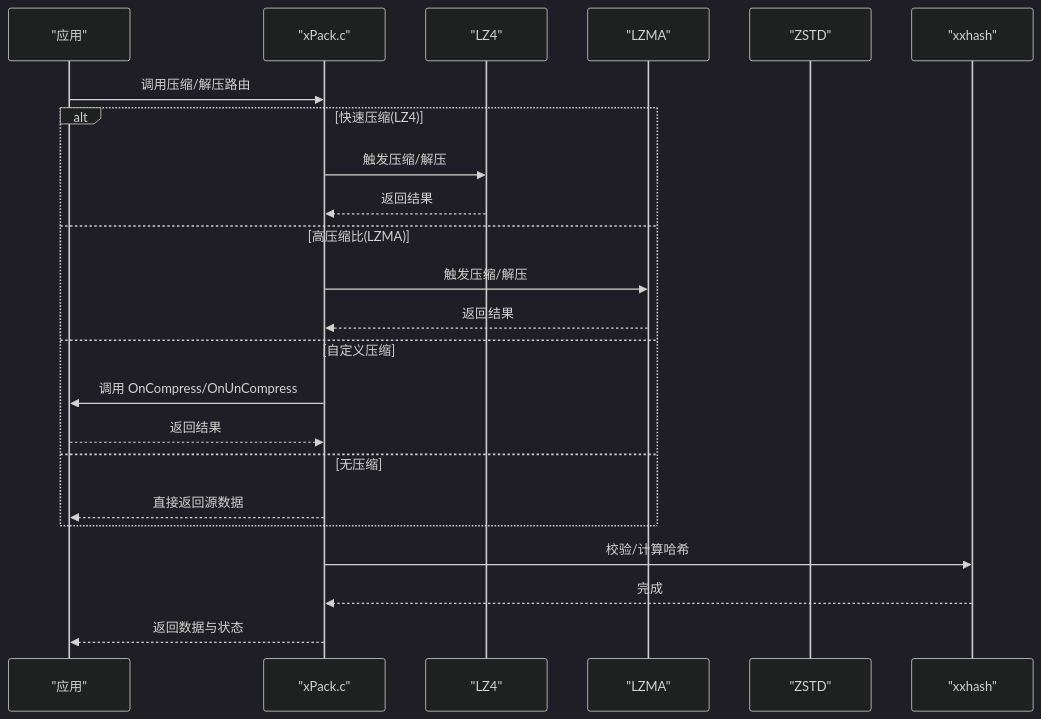
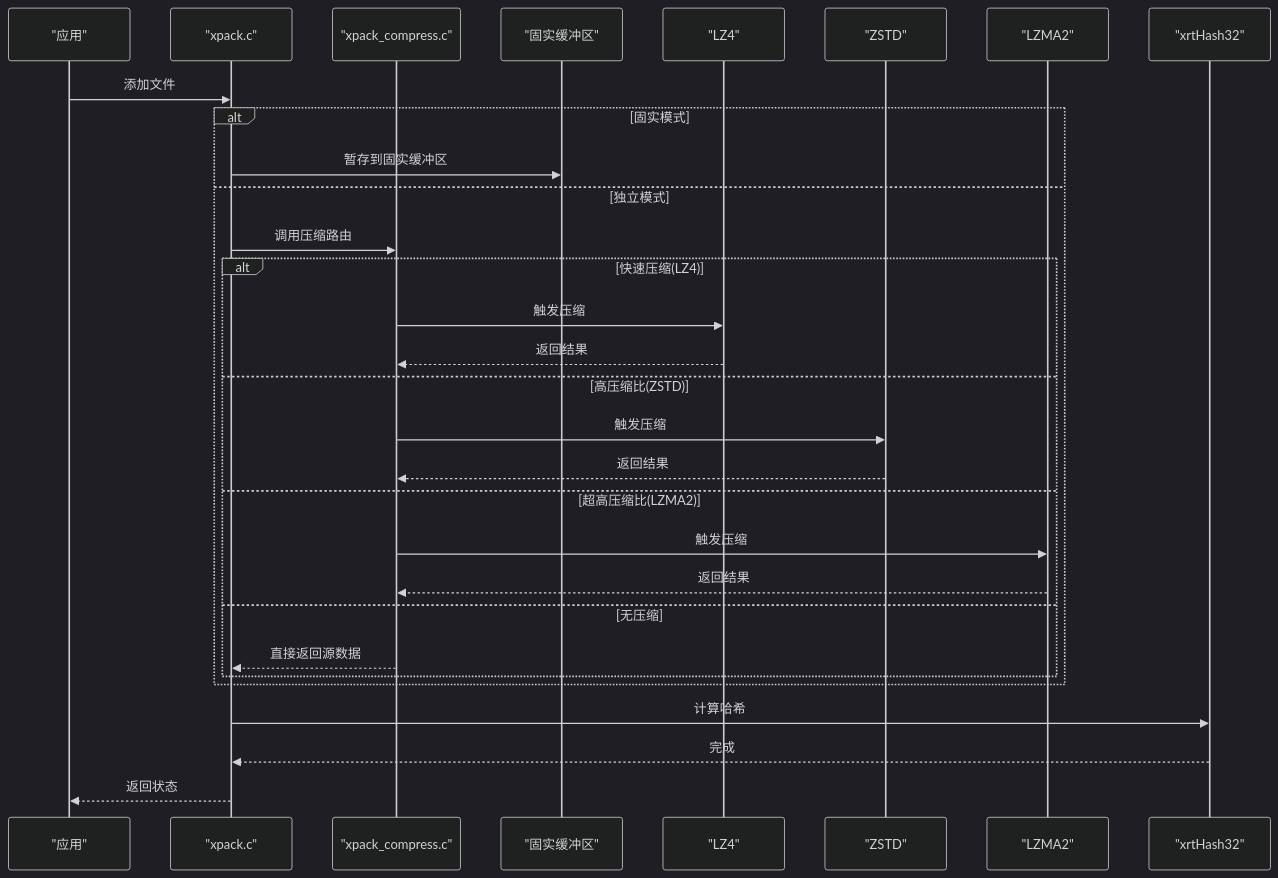
The second of 4 diagrams in .qoder/repowiki/zh/content/高级功能特性/高级功能特性.md (xywhsoft/xpack), drawn with Mermaid (dark theme) before and after one commit. The commit also changed other lines of this file and 18 other files, not shown here.

````diff
--- a/.qoder/repowiki/zh/content/高级功能特性/高级功能特性.md
+++ b/.qoder/repowiki/zh/content/高级功能特性/高级功能特性.md
@@ -108,25 +107,32 @@
 ```mermaid
 sequenceDiagram
 participant App as "应用"
-participant XP as "xPack.c"
+participant XP as "xpack.c"
+participant XC as "xpack_compress.c"
+participant SOLID as "固实缓冲区"
 participant LZ4 as "LZ4"
-participant LZMA as "LZMA"
 participant ZSTD as "ZSTD"
-participant XXH as "xxhash"
-App->>XP : 调用压缩/解压路由
-alt 快速压缩(LZ4)
-XP->>LZ4 : 触发压缩/解压
-LZ4-->>XP : 返回结果
-else 高压缩比(LZMA)
-XP->>LZMA : 触发压缩/解压
-LZMA-->>XP : 返回结果
-else 自定义压缩
-XP->>App : 调用 OnCompress/OnUnCompress
-App-->>XP : 返回结果
-else 无压缩
-XP-->>App : 直接返回源数据
+participant LZMA as "LZMA2"
+participant HASH as "xrtHash32"
+App->>XP : 添加文件
+alt 固实模式
+    XP->>SOLID : 暂存到固实缓冲区
+else 独立模式
+    XP->>XC : 调用压缩路由
+    alt 快速压缩(LZ4)
+        XC->>LZ4 : 触发压缩
+        LZ4-->>XC : 返回结果
+    else 高压缩比(ZSTD)
+        XC->>ZSTD : 触发压缩
+        ZSTD-->>XC : 返回结果
+    else 超高压缩比(LZMA2)
+        XC->>LZMA : 触发压缩
+        LZMA-->>XC : 返回结果
+    else 无压缩
+        XC-->>XP : 直接返回源数据
+    end
 end
-XP->>XXH : 校验/计算哈希
-XXH-->>XP : 完成
-XP-->>App : 返回数据与状态
+XP->>HASH : 计算哈希
+HASH-->>XP : 完成
+XP-->>App : 返回状态
 ```
````
